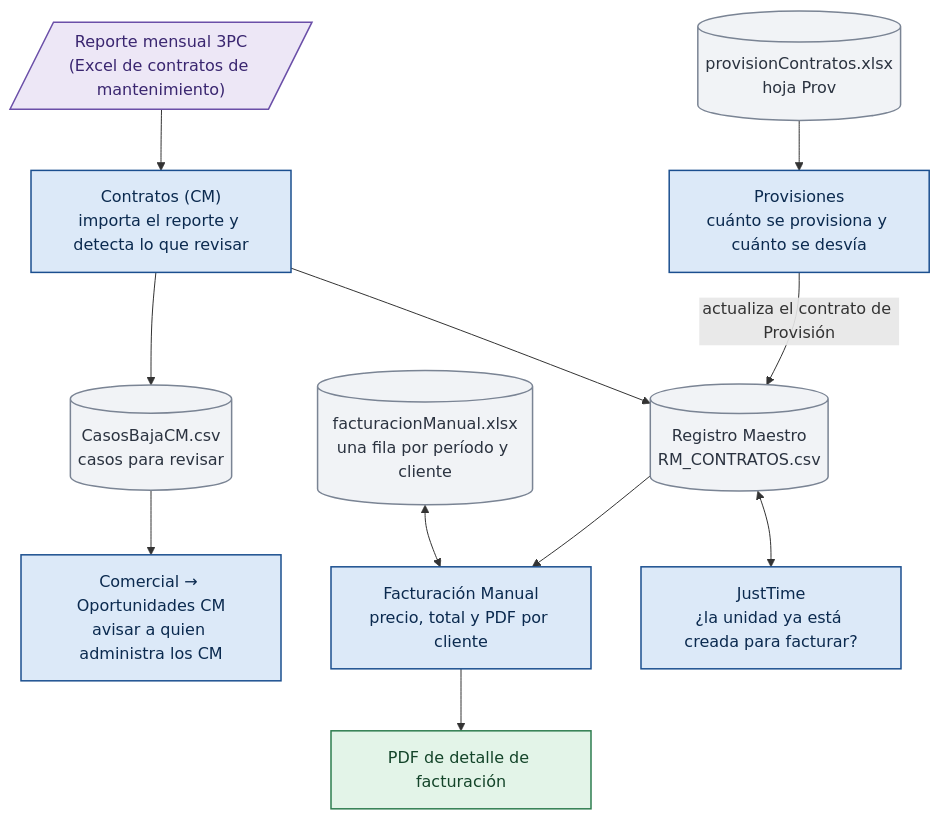
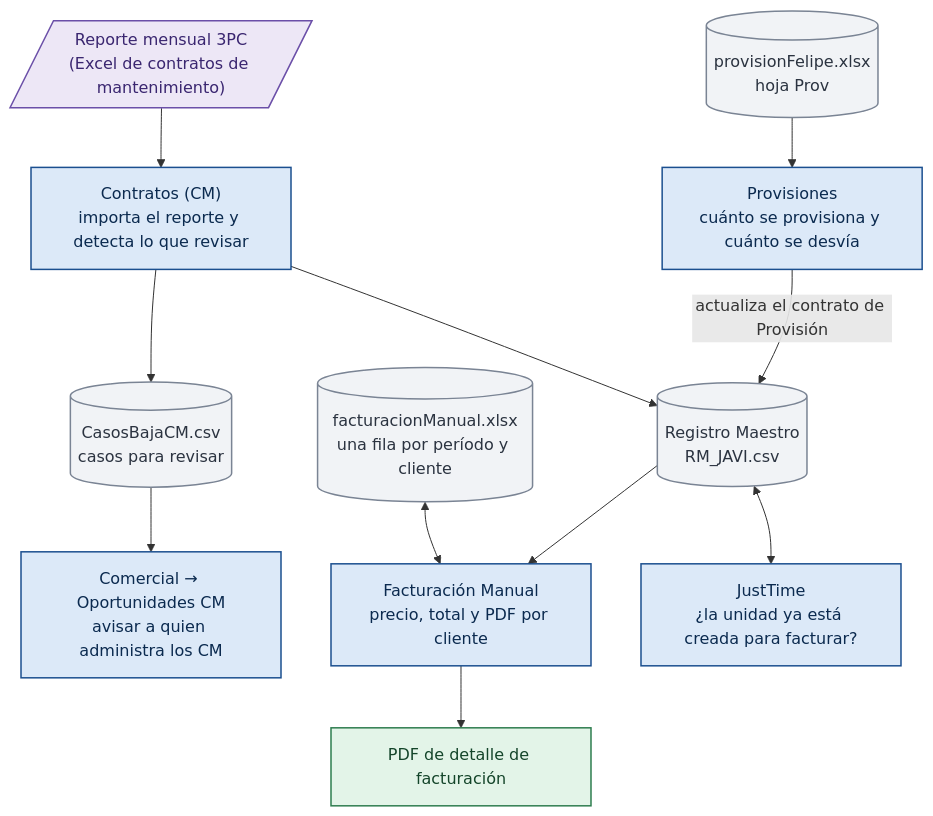
One commit to felipeMon20/PTY4614-302-EQUIPO-2 changed the seventh of 31 diagrams in Fase 2/Evidencias Proyecto/Evidencias de documentación/docs/08. Arquitectura Visual y Diagramas.md. Above: the diagram before and after it, drawn with Mermaid. The commit also changed other lines of this file and 229 other files, not shown here.

````diff
--- a/Fase 2/Evidencias Proyecto/Evidencias de documentación/docs/08. Arquitectura Visual y Diagramas.md
+++ b/Fase 2/Evidencias Proyecto/Evidencias de documentación/docs/08. Arquitectura Visual y Diagramas.md
@@ -235,27 +235,27 @@
 ```mermaid
 flowchart TB
-    RM[("Registro Maestro<br/>RM_CONTRATOS.csv")]:::archivo
-    PF[("provisionContratos.xlsx<br/>hoja Prov")]:::archivo
+    RM[("Registro Maestro<br/>RM_JAVI.csv")]:::archivo
+    PF[("provisionFelipe.xlsx<br/>hoja Prov")]:::archivo
     R3[/"Reporte mensual 3PC<br/>(Excel de contratos de mantenimiento)"/]:::externo
     FX[("facturacionManual.xlsx<br/>una fila por período y cliente")]:::archivo
     CB[("CasosBajaCM.csv<br/>casos para revisar")]:::archivo
 
     PF --> PROV["Provisiones<br/>cuánto se provisiona y cuánto se desvía"]:::pantalla
     PROV -->|"actualiza el contrato de Provisión"| RM
     R3 --> CM["Contratos (CM)<br/>importa el reporte y detecta lo que revisar"]:::pantalla
     CM --> RM
     CM --> CB
     CB --> OCM["Comercial → Oportunidades CM<br/>avisar a quien administra los CM"]:::pantalla
     RM --> FMN["Facturación Manual<br/>precio, total y PDF por cliente"]:::pantalla
     FX <--> FMN
     FMN --> PDF["PDF de detalle de facturación"]:::accion
     RM <--> JT["JustTime<br/>¿la unidad ya está creada para facturar?"]:::pantalla
     classDef pantalla fill:#DCE9F8,stroke:#1B4F8F,color:#0B2A4F,stroke-width:1.5px
     classDef grupo fill:#1B4F8F,stroke:#0B2A4F,color:#FFFFFF,stroke-width:1.5px
     classDef accion fill:#E3F4E8,stroke:#2E7D4F,color:#14452A,stroke-width:1.5px
     classDef archivo fill:#F1F3F6,stroke:#7A8494,color:#2B3340,stroke-width:1.5px
     classDef externo fill:#EDE7F6,stroke:#6B4FA8,color:#3A2670,stroke-width:1.5px
     classDef alerta fill:#FDECEC,stroke:#B3372F,color:#6E1712,stroke-width:1.5px
     classDef aviso fill:#FFF4D6,stroke:#B58100,color:#5C4300,stroke-width:1.5px
     classDef neutro fill:#FFFFFF,stroke:#8A94A6,color:#2B3340,stroke-width:1.5px
 ```
````
